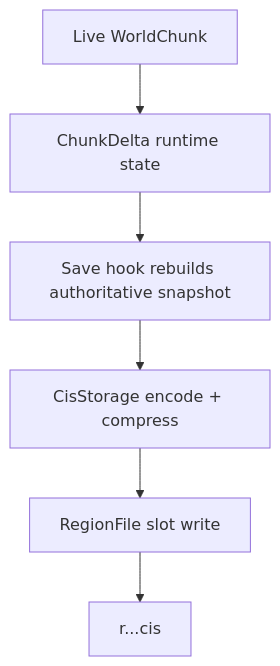
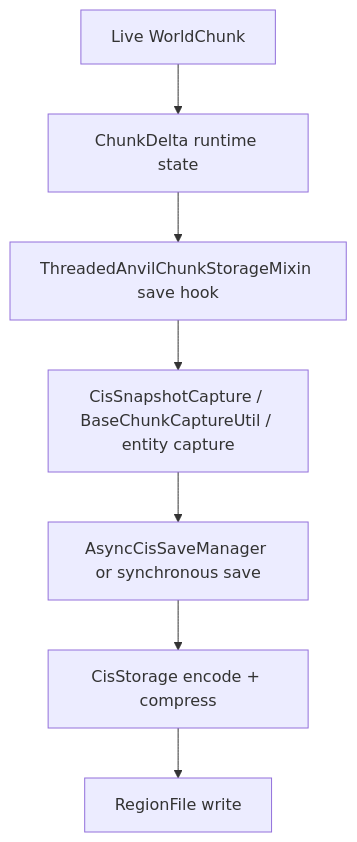
The first of 2 diagrams in docs/Architecture/System-Overview.md (Liparakis/Chunkis), drawn with Mermaid before and after one commit. The commit also changed other lines of this file and 25 other files, not shown here.

Commit message:
docs: sync documentation with current architecture

````diff
--- a/docs/Architecture/System-Overview.md
+++ b/docs/Architecture/System-Overview.md
@@ -37,8 +25,9 @@
 ```mermaid
 flowchart TD
     A["Live WorldChunk"] --> B["ChunkDelta runtime state"]
-    B --> C["Save hook rebuilds authoritative snapshot"]
-    C --> D["CisStorage encode + compress"]
-    D --> E["RegionFile slot write"]
-    E --> F["r.<x>.<z>.cis"]
+    B --> C["ThreadedAnvilChunkStorageMixin save hook"]
+    C --> D["CisSnapshotCapture / BaseChunkCaptureUtil / entity capture"]
+    D --> E["AsyncCisSaveManager or synchronous save"]
+    E --> F["CisStorage encode + compress"]
+    F --> G["RegionFile write"]
 ```
````
